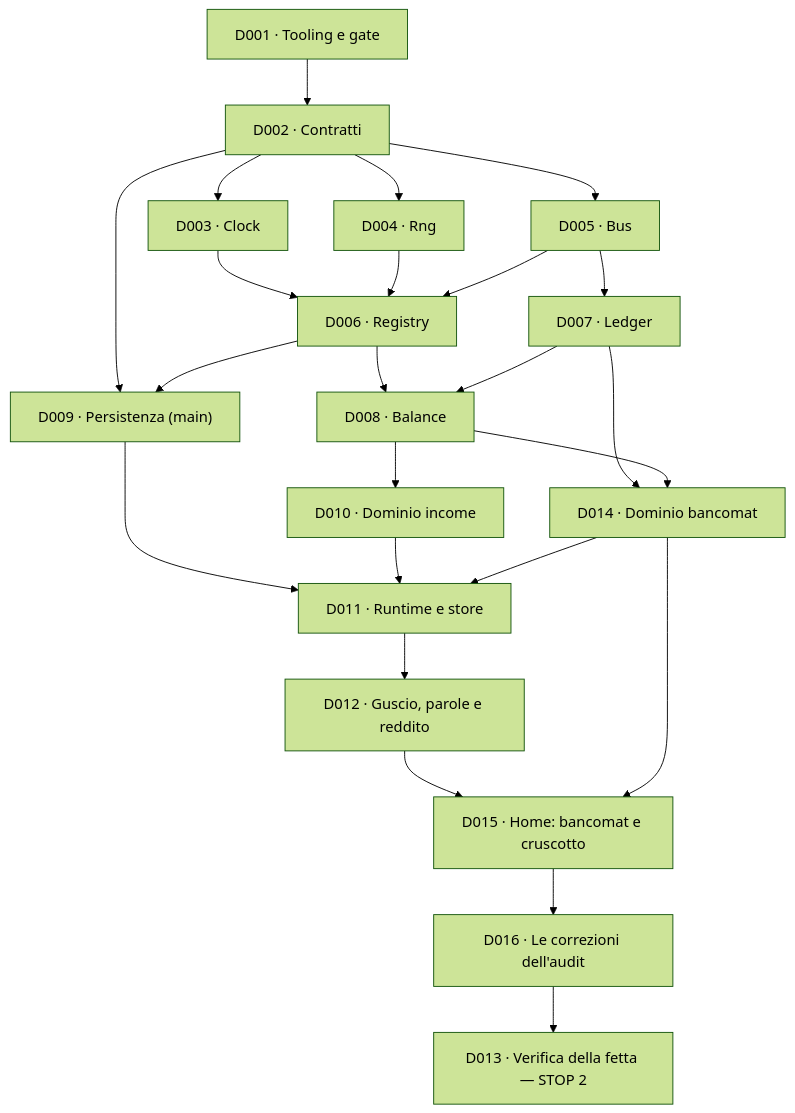
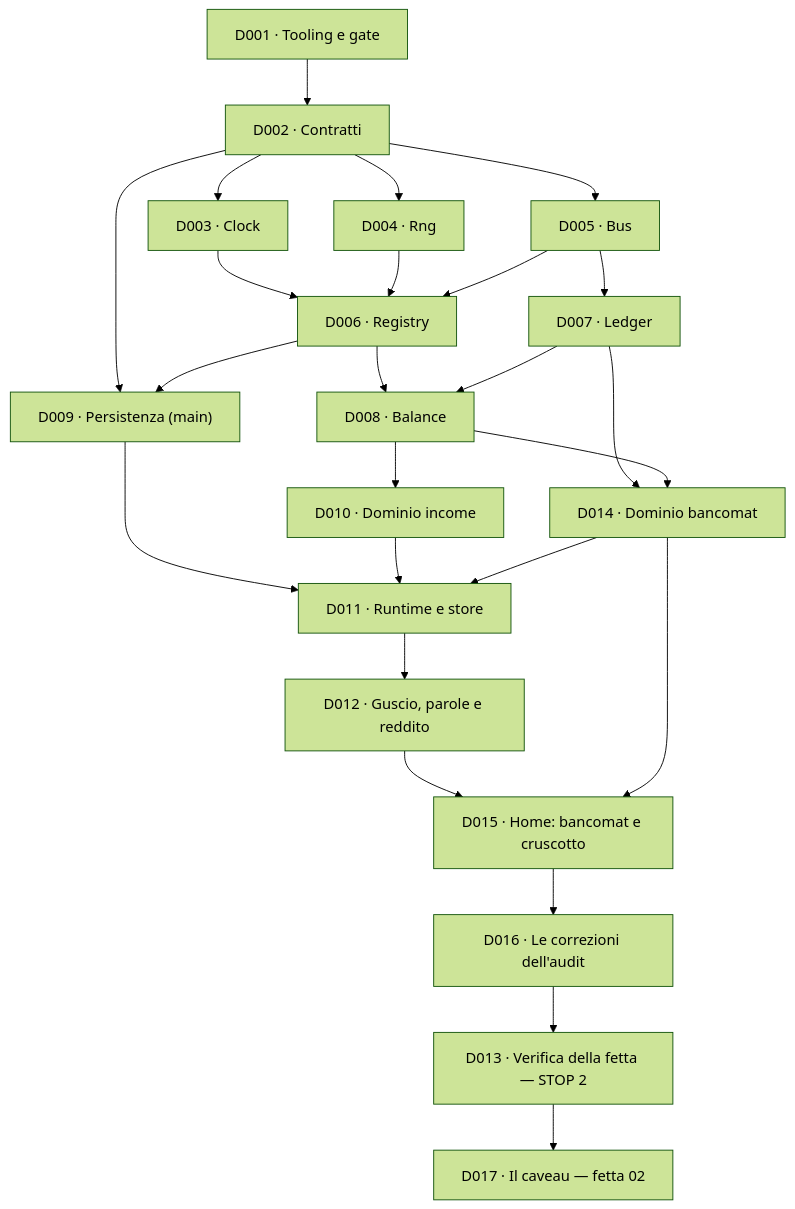
The diagram in docs/delega/README.md (devfrx/solvent), drawn with Mermaid (forest theme) before and after one commit. The commit also changed other lines of this file and 5 other files, not shown here.

````diff
--- a/docs/delega/README.md
+++ b/docs/delega/README.md
@@ -60,26 +60,27 @@
 ```mermaid
 flowchart TD
   D001["D001 · Tooling e gate"] --> D002["D002 · Contratti"]
   D002 --> D003["D003 · Clock"]
   D002 --> D004["D004 · Rng"]
   D002 --> D005["D005 · Bus"]
   D003 --> D006["D006 · Registry"]
   D004 --> D006
   D005 --> D006
   D005 --> D007["D007 · Ledger"]
   D006 --> D008["D008 · Balance"]
   D007 --> D008
   D002 --> D009["D009 · Persistenza (main)"]
   D006 --> D009
   D008 --> D010["D010 · Dominio income"]
   D007 --> D014["D014 · Dominio bancomat"]
   D008 --> D014
   D009 --> D011["D011 · Runtime e store"]
   D010 --> D011
   D014 --> D011
   D011 --> D012["D012 · Guscio, parole e reddito"]
   D012 --> D015["D015 · Home: bancomat e cruscotto"]
   D014 --> D015
   D015 --> D016["D016 · Le correzioni dell'audit"]
   D016 --> D013["D013 · Verifica della fetta — STOP 2"]
+  D013 --> D017["D017 · Il caveau — fetta 02"]
 ```
````
